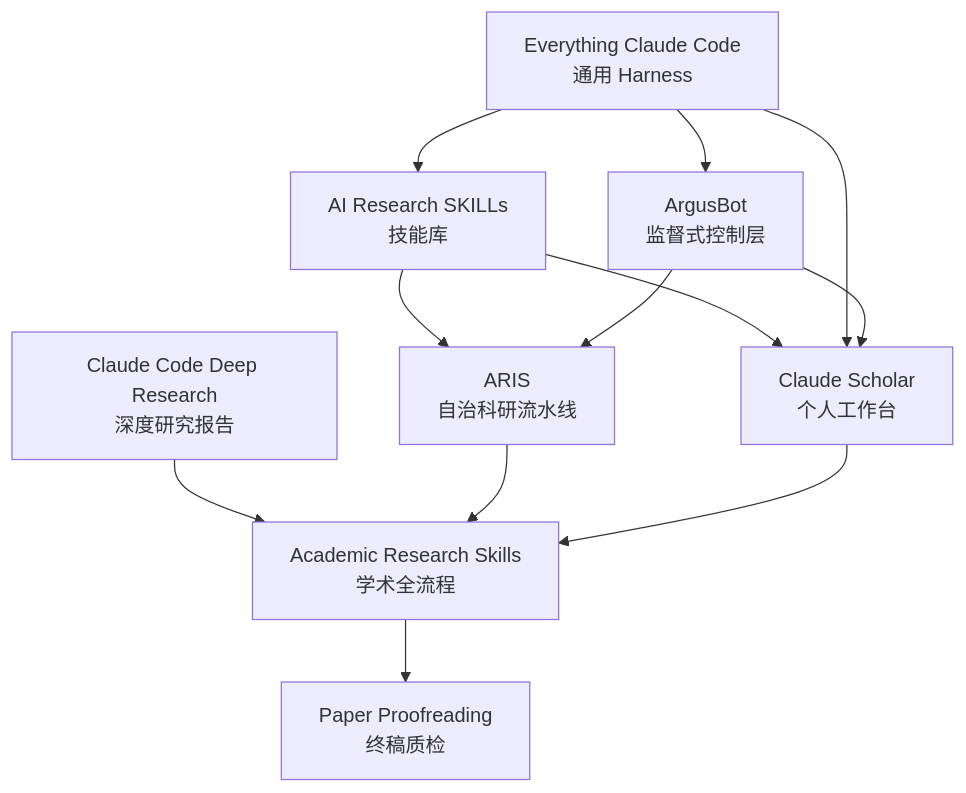
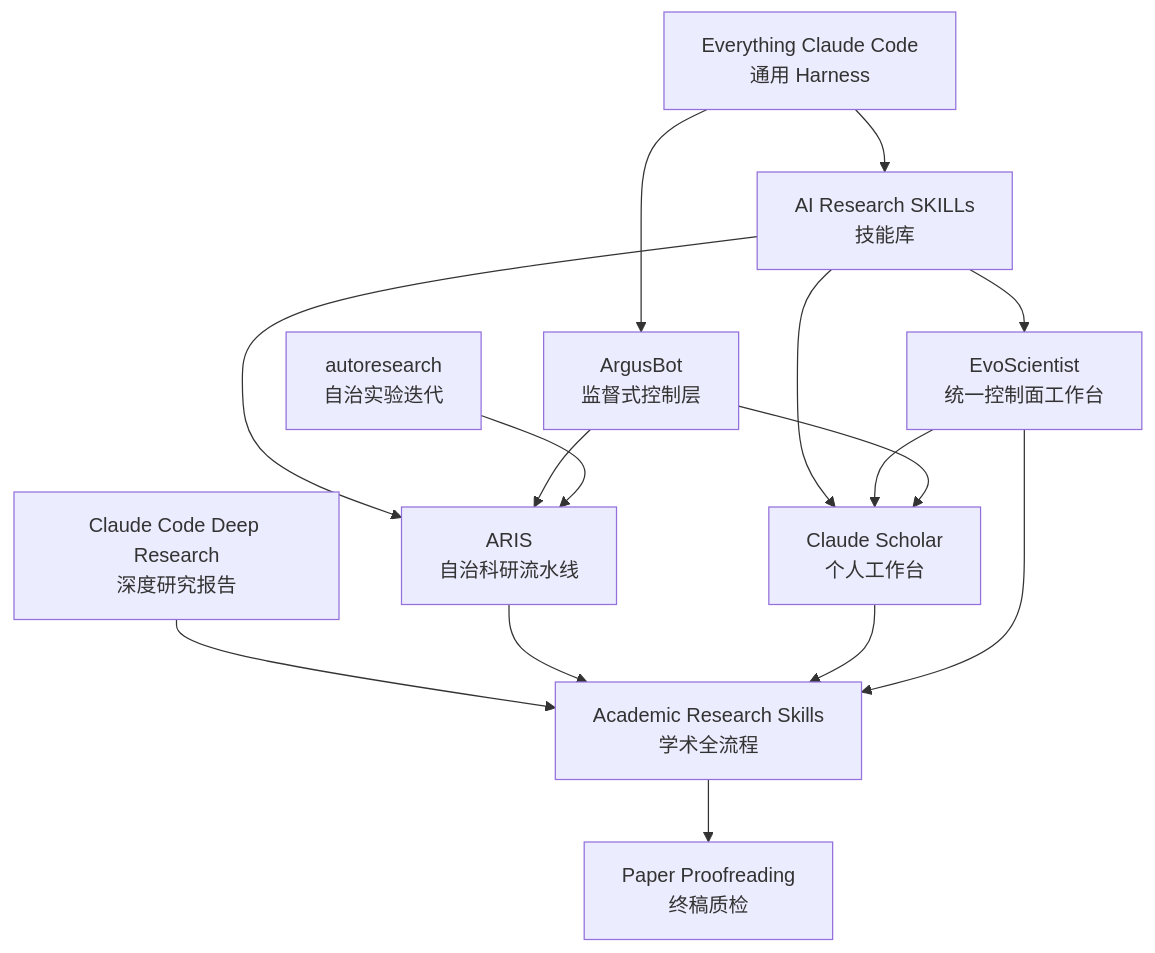
The first of 2 diagrams in docs/summary/academic-research-agents-overview.md (Kozmosa/scholar-agent), drawn with Mermaid before and after one commit. The commit also changed other lines of this file and 13 other files, not shown here.

````diff
--- a/docs/summary/academic-research-agents-overview.md
+++ b/docs/summary/academic-research-agents-overview.md
@@ -36,23 +38,28 @@
 ```mermaid
 graph TD
     A[AI Research SKILLs<br/>技能库]
     B[ARIS<br/>自治科研流水线]
     C[Claude Code Deep Research<br/>深度研究报告]
     D[Academic Research Skills<br/>学术全流程]
     E[ArgusBot<br/>监督式控制层]
     F[Paper Proofreading<br/>终稿质检]
     G[Claude Scholar<br/>个人工作台]
-    H[Everything Claude Code<br/>通用 Harness]
+    H[EvoScientist<br/>统一控制面工作台]
+    I[Everything Claude Code<br/>通用 Harness]
+    J[autoresearch<br/>自治实验迭代]
 
     A --> B
     A --> G
-    H --> G
+    A --> H
     C --> D
     B --> D
     D --> F
     G --> D
-    H --> A
+    H --> D
+    H --> G
+    I --> A
     E --> B
     E --> G
-    H --> E
+    I --> E
+    J --> B
 ```
````
